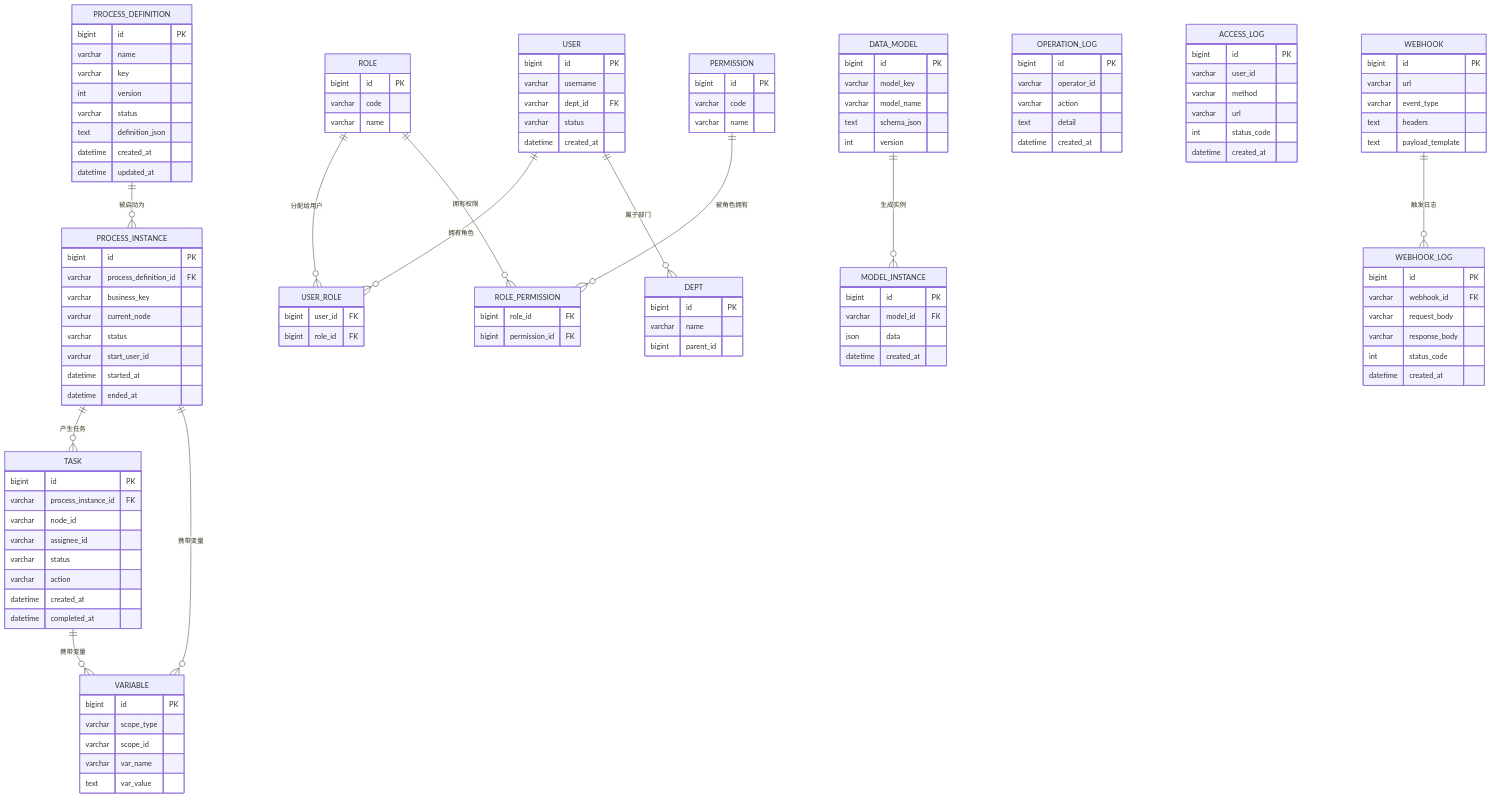
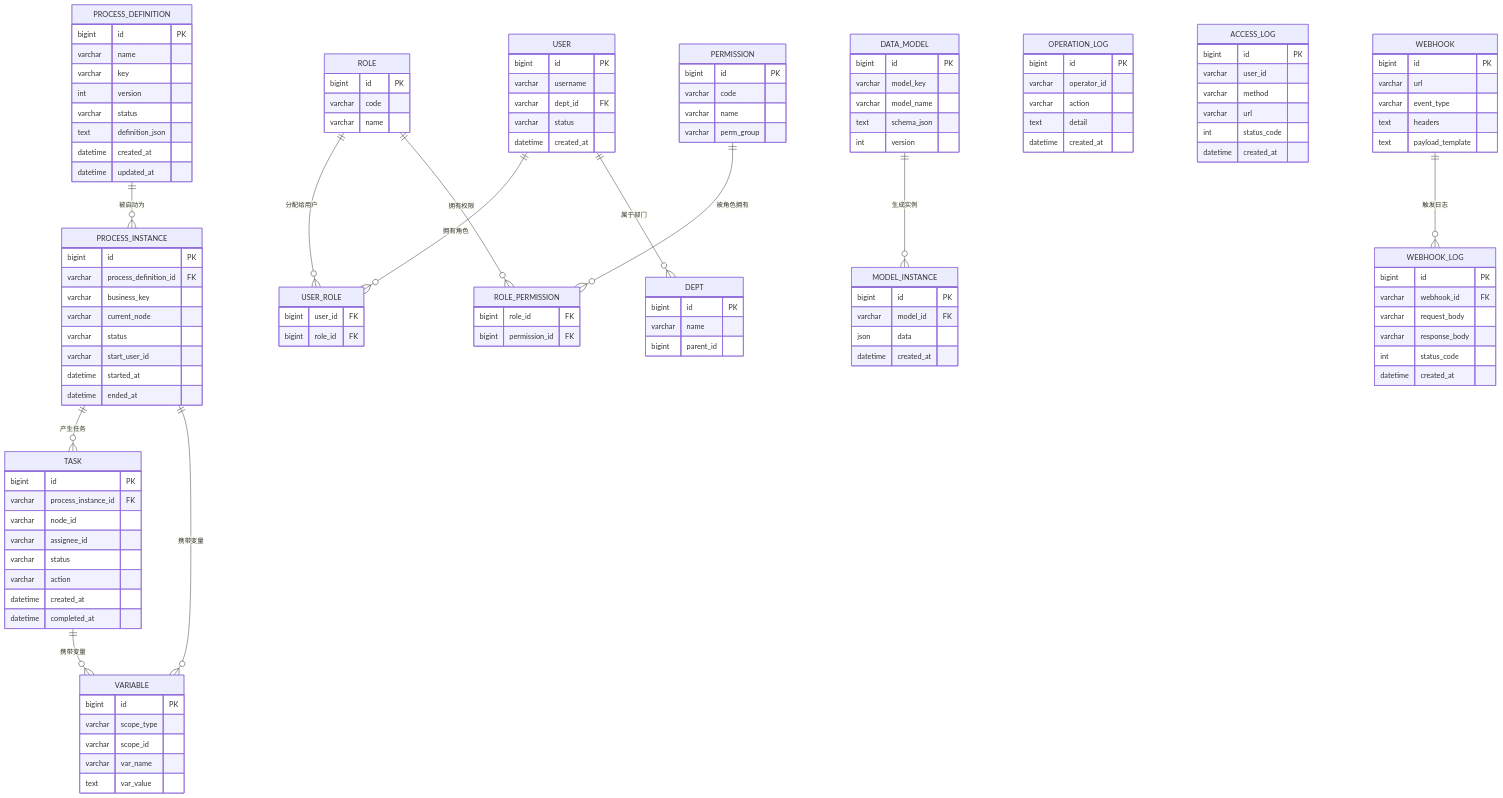
The second of 3 diagrams in .qoder/repowiki/zh/content/数据库设计/数据库设计.md (liming-lihaini/workflow), drawn with Mermaid before and after one commit. The commit also changed other lines of this file and 46 other files, not shown here.

```diff
--- a/.qoder/repowiki/zh/content/数据库设计/数据库设计.md
+++ b/.qoder/repowiki/zh/content/数据库设计/数据库设计.md
@@ -152,6 +161,7 @@
 bigint id PK
 varchar code
 varchar name
+varchar perm_group
 }
 USER_ROLE {
 bigint user_id FK
```
